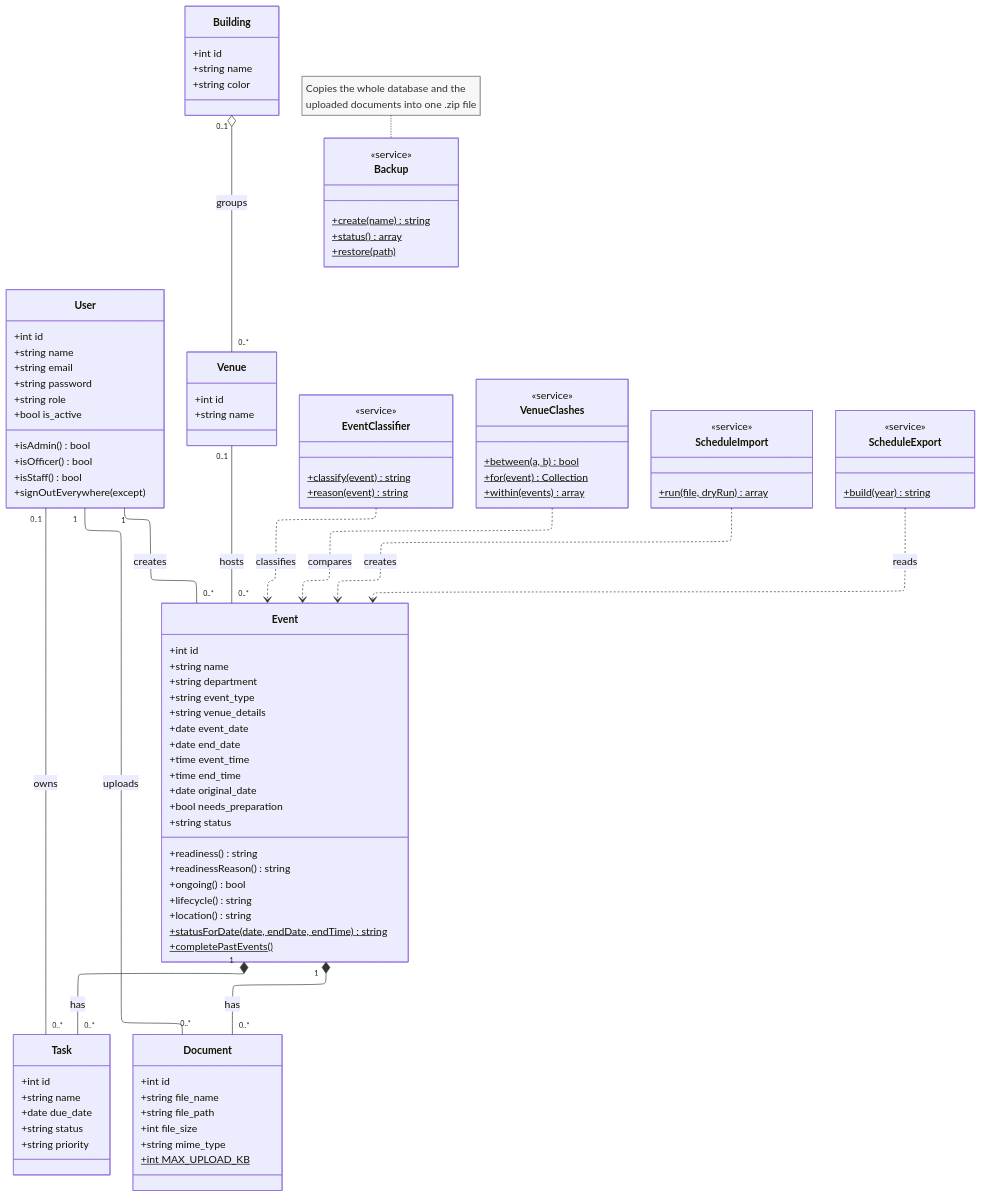
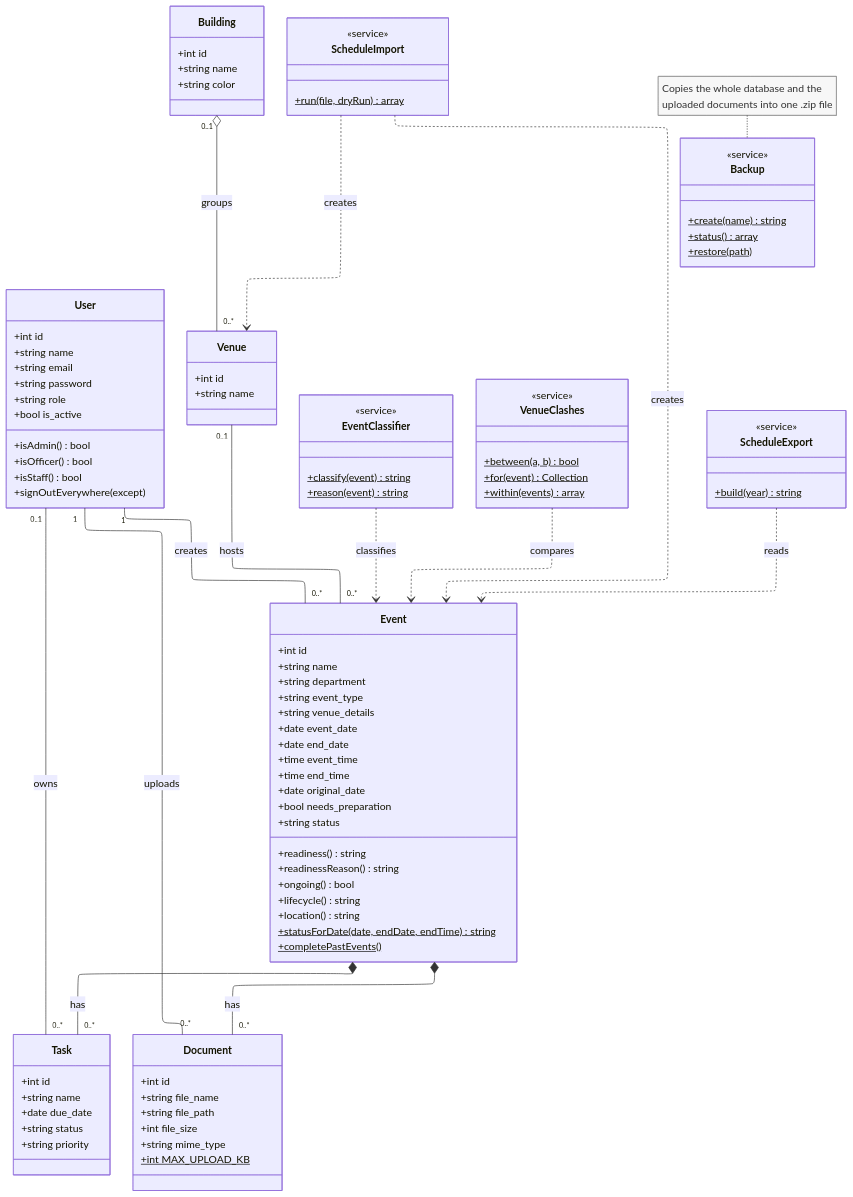
Before and after one commit to XyroneKyleYlanan/EMO-Tracker: the diagram in docs/paper/diagrams/src/class-diagram.mmd, drawn with Mermaid. The commit also changed 17 other files, not shown here.

Commit message:
Add Capstone 2 versions of every Capstone 1 figure and appendix, with descriptions

```diff
--- a/docs/paper/diagrams/src/class-diagram.mmd
+++ b/docs/paper/diagrams/src/class-diagram.mmd
@@ -1,108 +1,110 @@
 ---
 config:
   layout: elk
   elk:
     nodePlacementStrategy: NETWORK_SIMPLEX
   class:
     hideEmptyMembersBox: true
   themeVariables:
     noteBkgColor: "#f7f7f7"
     noteTextColor: "#333333"
     noteBorderColor: "#999999"
 ---
 classDiagram
     direction TB
     class User {
         +int id
         +string name
         +string email
         +string password
         +string role
         +bool is_active
         +isAdmin() bool
         +isOfficer() bool
         +isStaff() bool
         +signOutEverywhere(except)
     }
     class Event {
         +int id
         +string name
         +string department
         +string event_type
         +string venue_details
         +date event_date
         +date end_date
         +time event_time
         +time end_time
         +date original_date
         +bool needs_preparation
         +string status
         +readiness() string
         +readinessReason() string
         +ongoing() bool
         +lifecycle() string
         +location() string
         +statusForDate(date, endDate, endTime)$ string
         +completePastEvents()$
     }
     class Task {
         +int id
         +string name
         +date due_date
         +string status
         +string priority
     }
     class Document {
         +int id
         +string file_name
         +string file_path
         +int file_size
         +string mime_type
         +int MAX_UPLOAD_KB$
     }
     class Venue {
         +int id
         +string name
     }
     class Building {
         +int id
         +string name
         +string color
     }
     class EventClassifier {
         <<service>>
         +classify(event)$ string
         +reason(event)$ string
     }
     class VenueClashes {
         <<service>>
         +between(a, b)$ bool
         +for(event)$ Collection
         +within(events)$ array
     }
     class ScheduleImport {
         <<service>>
         +run(file, dryRun)$ array
     }
     class ScheduleExport {
         <<service>>
         +build(year)$ string
     }
     class Backup {
         <<service>>
         +create(name)$ string
         +status()$ array
         +restore(path)$
     }
     User "1" -- "0..*" Event : creates
     User "0..1" -- "0..*" Task : owns
     User "1" -- "0..*" Document : uploads
-    Event "1" *-- "0..*" Task : has
-    Event "1" *-- "0..*" Document : has
+    %% A filled diamond (composition) already means each part belongs to exactly one Event.
+    Event *-- "0..*" Task : has
+    Event *-- "0..*" Document : has
     Venue "0..1" -- "0..*" Event : hosts
     Building "0..1" o-- "0..*" Venue : groups
     EventClassifier ..> Event : classifies
     VenueClashes ..> Event : compares
     ScheduleImport ..> Event : creates
+    ScheduleImport ..> Venue : creates
     ScheduleExport ..> Event : reads
     note for Backup "Copies the whole database and the<br>uploaded documents into one .zip file"
```
